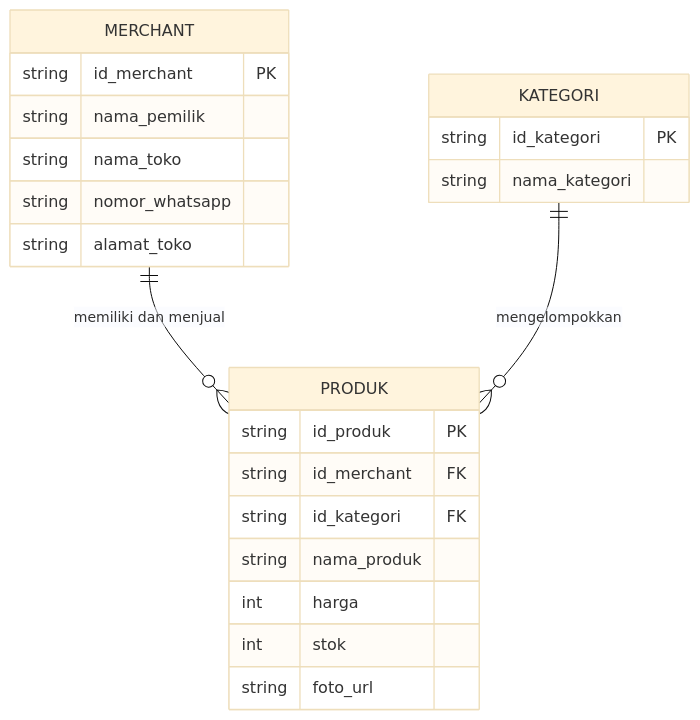
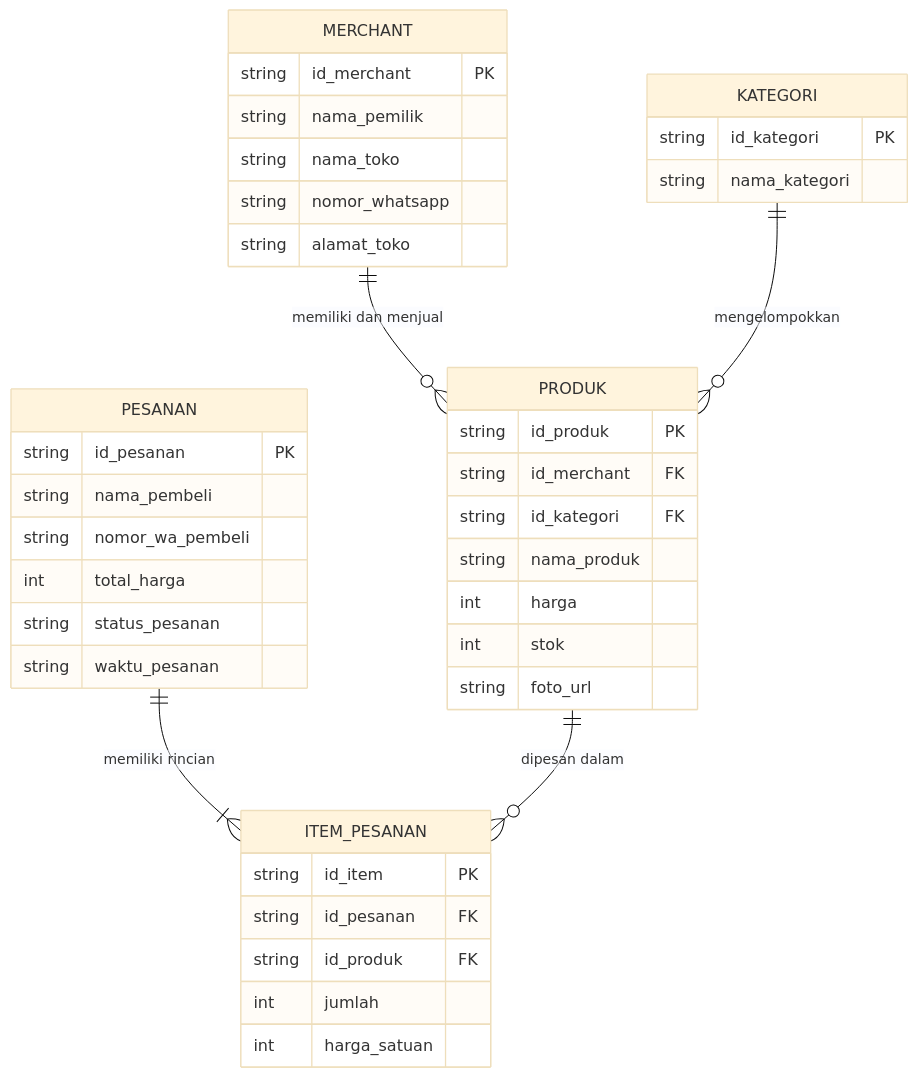
Before and after one commit to iqbaljlldn/modul_12_bulan: the diagram in 1-modul-pra-coding-bulan1/2-Computational-Thinking/02d-erd-dasar.md, drawn with Mermaid (base theme). The commit also changed other lines of this file and 32 other files, not shown here.

````diff
--- a/1-modul-pra-coding-bulan1/2-Computational-Thinking/02d-erd-dasar.md
+++ b/1-modul-pra-coding-bulan1/2-Computational-Thinking/02d-erd-dasar.md
@@ -62,28 +81,47 @@
 ```mermaid
 erDiagram
     MERCHANT ||--o{ PRODUK : "memiliki dan menjual"
     KATEGORI ||--o{ PRODUK : "mengelompokkan"
-    
+    PESANAN ||--|{ ITEM_PESANAN : "memiliki rincian"
+    PRODUK ||--o{ ITEM_PESANAN : "dipesan dalam"
+
     MERCHANT {
         string id_merchant PK
         string nama_pemilik
         string nama_toko
         string nomor_whatsapp
         string alamat_toko
     }
 
     KATEGORI {
         string id_kategori PK
         string nama_kategori
     }
 
     PRODUK {
         string id_produk PK
         string id_merchant FK
         string id_kategori FK
         string nama_produk
         int harga
         int stok
         string foto_url
     }
+
+    PESANAN {
+        string id_pesanan PK
+        string nama_pembeli
+        string nomor_wa_pembeli
+        int total_harga
+        string status_pesanan
+        string waktu_pesanan
+    }
+
+    ITEM_PESANAN {
+        string id_item PK
+        string id_pesanan FK
+        string id_produk FK
+        int jumlah
+        int harga_satuan
+    }
 ```
````
